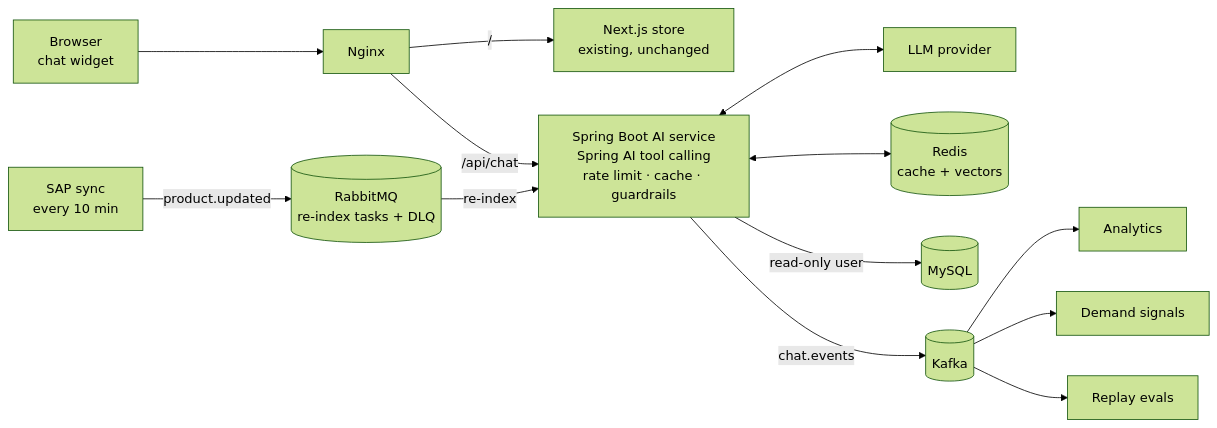
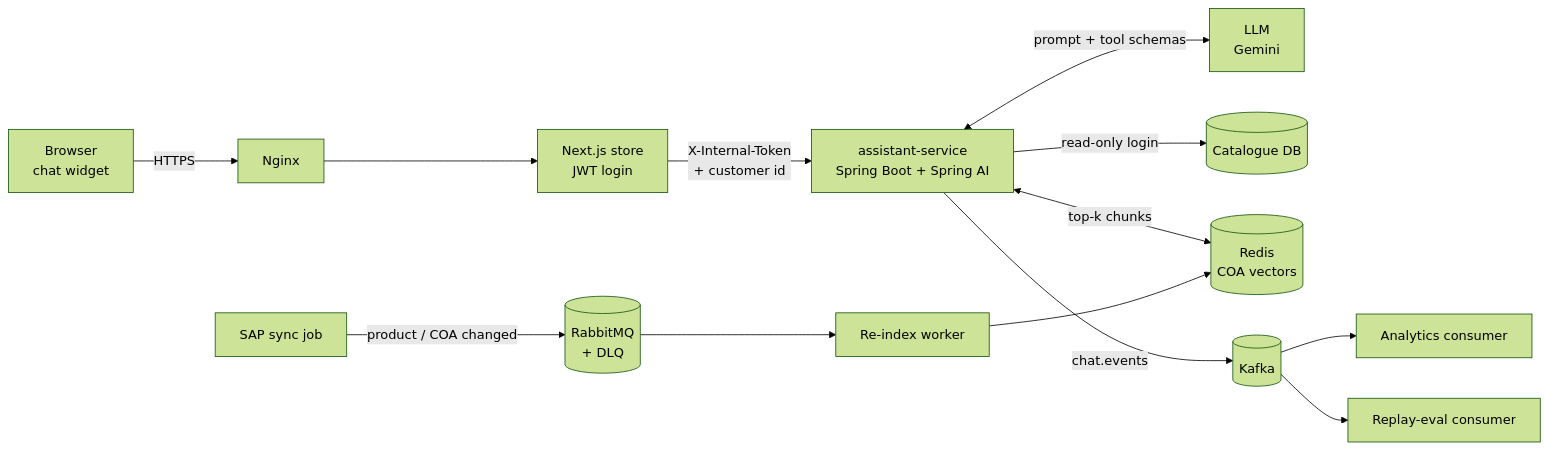
The first of 2 diagrams in README.md (prakash-434/spring-ai-catalog-assistant), drawn with Mermaid (forest theme) before and after one commit. The commit also changed other lines of this file, not shown here.

Commit message:
Rewrite README as an architecture and interview guide

````diff
--- a/README.md
+++ b/README.md
@@ -24,15 +17,14 @@
 ```mermaid
 flowchart LR
-    B[Browser<br/>chat widget] --> N[Nginx]
-    N -->|/| NX[Next.js store<br/>existing, unchanged]
-    N -->|/api/chat| AI[Spring Boot AI service<br/>Spring AI tool calling<br/>rate limit · cache · guardrails]
-    AI <--> LLM[LLM provider]
-    AI <--> R[(Redis<br/>cache + vectors)]
-    AI -->|read-only user| DB[(MySQL)]
-    SAP[SAP sync<br/>every 10 min] -->|product.updated| MQ[(RabbitMQ<br/>re-index tasks + DLQ)]
-    MQ -->|re-index| AI
+    B[Browser<br/>chat widget] -->|HTTPS| NG[Nginx]
+    NG --> WEB[Next.js store<br/>JWT login]
+    WEB -->|X-Internal-Token<br/>+ customer id| AI[assistant-service<br/>Spring Boot + Spring AI]
+    AI <-->|prompt + tool schemas| LLM[LLM<br/>Gemini]
+    AI -->|read-only login| DB[(Catalogue DB)]
+    AI <-->|top-k chunks| VS[(Redis<br/>COA vectors)]
+    SAP[SAP sync job] -->|product / COA changed| MQ[(RabbitMQ<br/>+ DLQ)]
+    MQ --> IDX[Re-index worker] --> VS
     AI -->|chat.events| K[(Kafka)]
-    K --> C1[Analytics]
-    K --> C2[Demand signals]
-    K --> C3[Replay evals]
+    K --> AN[Analytics consumer]
+    K --> RP[Replay-eval consumer]
 ```
````
